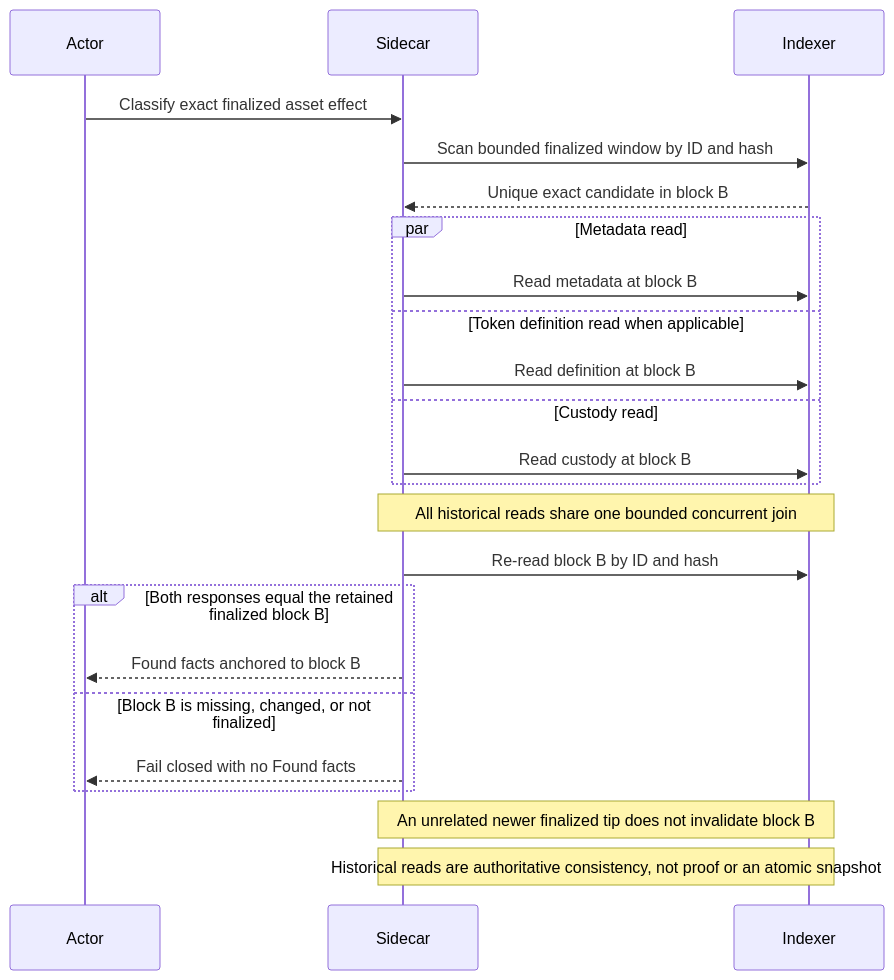
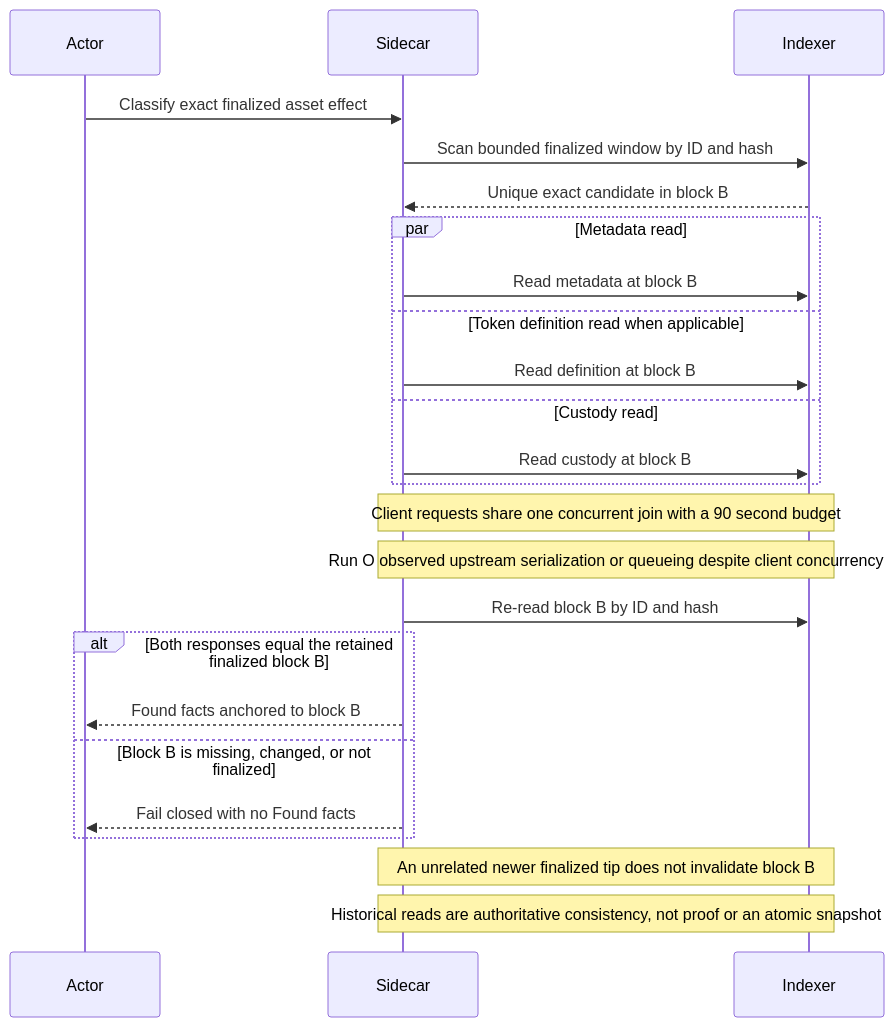
The fourth of 5 diagrams in docs/architecture/0042-bind-witnessed-token-claims-to-exact-atas.md (gateway-fm/lez-atomic-swaps), drawn with Mermaid before and after one commit. The commit also changed other lines of this file and 6 other files, not shown here.

````diff
--- a/docs/architecture/0042-bind-witnessed-token-claims-to-exact-atas.md
+++ b/docs/architecture/0042-bind-witnessed-token-claims-to-exact-atas.md
@@ -300,26 +303,27 @@
 ```mermaid
 sequenceDiagram
     participant SwapActor as Actor
     participant Sidecar
     participant Indexer
 
     SwapActor->>Sidecar: Classify exact finalized asset effect
     Sidecar->>Indexer: Scan bounded finalized window by ID and hash
     Indexer-->>Sidecar: Unique exact candidate in block B
     par Metadata read
         Sidecar->>Indexer: Read metadata at block B
     and Token definition read when applicable
         Sidecar->>Indexer: Read definition at block B
     and Custody read
         Sidecar->>Indexer: Read custody at block B
     end
-    Note over Sidecar,Indexer: All historical reads share one bounded concurrent join
+    Note over Sidecar,Indexer: Client requests share one concurrent join with a 90 second budget
+    Note over Sidecar,Indexer: Run O observed upstream serialization or queueing despite client concurrency
     Sidecar->>Indexer: Re-read block B by ID and hash
     alt Both responses equal the retained finalized block B
         Sidecar-->>SwapActor: Found facts anchored to block B
     else Block B is missing, changed, or not finalized
         Sidecar-->>SwapActor: Fail closed with no Found facts
     end
     Note over Sidecar,Indexer: An unrelated newer finalized tip does not invalidate block B
     Note over Sidecar,Indexer: Historical reads are authoritative consistency, not proof or an atomic snapshot
 ```
````
